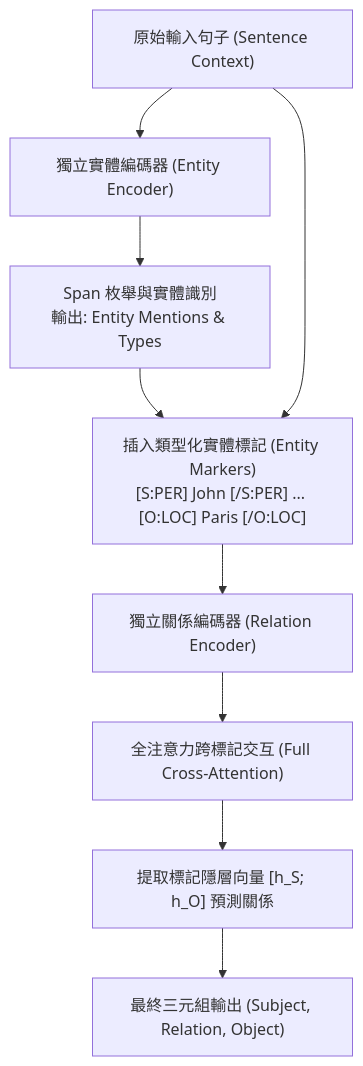
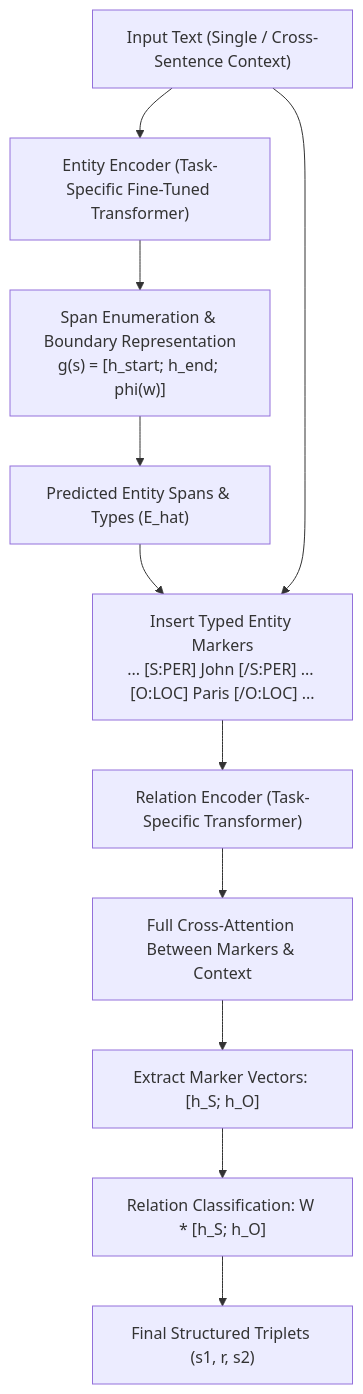
One commit to Cycl0n3-ga/RAG-survey changed the diagram in 03 - 論文庫 (Literature Notes)/04 - Knowledge & Graph RAG/(NAACL 2021-06) A Frustratingly Easy Approach for Entity and Relation Extraction.md. Above: the diagram before and after it, drawn with Mermaid. The commit also changed other lines of this file and 12 other files, not shown here.

````diff
--- a/03 - 論文庫 (Literature Notes)/04 - Knowledge & Graph RAG/(NAACL 2021-06) A Frustratingly Easy Approach for Entity and Relation Extraction.md
+++ b/03 - 論文庫 (Literature Notes)/04 - Knowledge & Graph RAG/(NAACL 2021-06) A Frustratingly Easy Approach for Entity and Relation Extraction.md
@@ -99,14 +114,16 @@
 ```mermaid
 flowchart TD
-    RawText["原始輸入句子 (Sentence Context)"] --> Enc_Ent["獨立實體編碼器 (Entity Encoder)"]
-    Enc_Ent --> SpanNER["Span 枚舉與實體識別<br/>輸出: Entity Mentions & Types"]
+    RawSentence["Input Text (Single / Cross-Sentence Context)"] --> Enc_Ent["Entity Encoder (Task-Specific Fine-Tuned Transformer)"]
+    Enc_Ent --> SpanEnum["Span Enumeration & Boundary Representation<br/>g(s) = [h_start; h_end; phi(w)]"]
+    SpanEnum --> PredEnt["Predicted Entity Spans & Types (E_hat)"]
     
-    SpanNER --> MarkerInsert["插入類型化實體標記 (Entity Markers)<br/>[S:PER] John [/S:PER] ... [O:LOC] Paris [/O:LOC]"]
-    RawText --> MarkerInsert
+    PredEnt --> InsertMarkers["Insert Typed Entity Markers<br/>... [S:PER] John [/S:PER] ... [O:LOC] Paris [/O:LOC] ..."]
+    RawSentence --> InsertMarkers
     
-    MarkerInsert --> Enc_Rel["獨立關係編碼器 (Relation Encoder)"]
-    Enc_Rel --> AttnCross["全注意力跨標記交互 (Full Cross-Attention)"]
-    AttnCross --> RelClass["提取標記隱層向量 [h_S; h_O] 預測關係"]
+    InsertMarkers --> Enc_Rel["Relation Encoder (Task-Specific Transformer)"]
+    Enc_Rel --> AttnCross["Full Cross-Attention Between Markers & Context"]
+    AttnCross --> MarkerPooling["Extract Marker Vectors: [h_S; h_O]"]
+    MarkerPooling --> PredRel["Relation Classification: W * [h_S; h_O]"]
     
-    RelClass --> TripletOut["最終三元組輸出 (Subject, Relation, Object)"]
+    PredRel --> TripletOutput["Final Structured Triplets (s1, r, s2)"]
 ```
````
